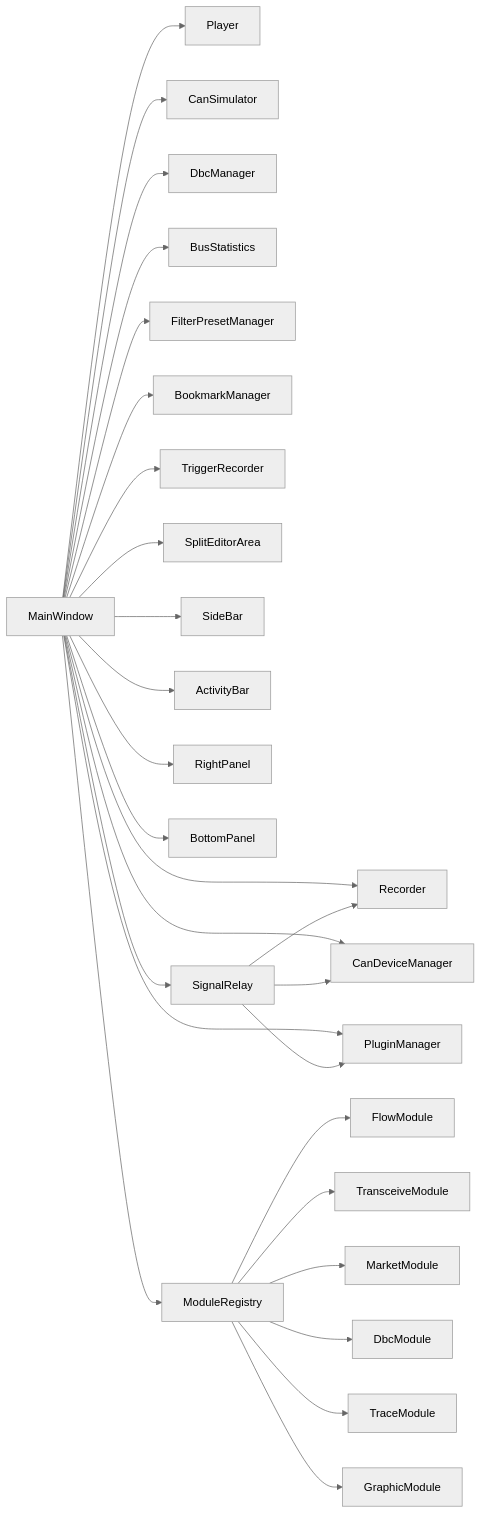
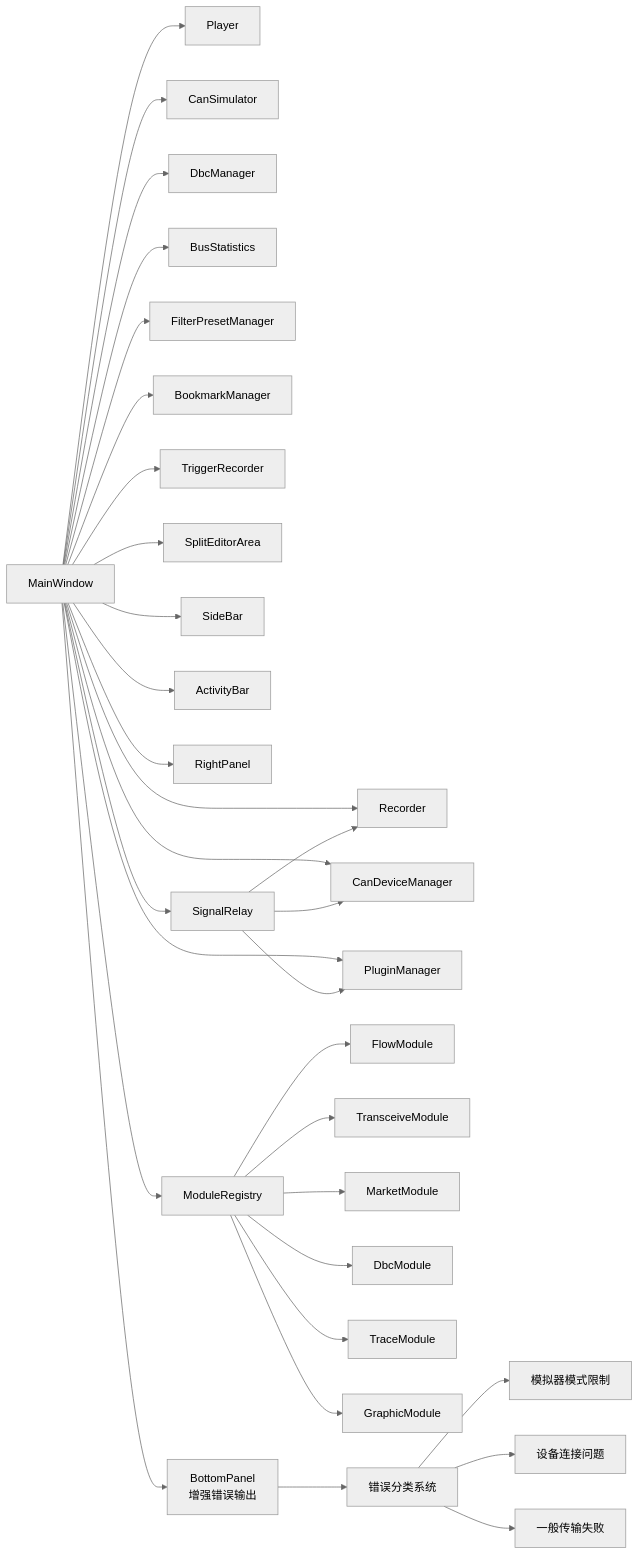
One commit to jakecai1225-design/OpenBus changed diagram 11 of 11 in .qoder/repowiki/zh/content/架构设计/主窗口组件架构.md. Above: the diagram before and after it, drawn with Mermaid (neutral theme). The commit also changed other lines of this file and 24 other files, not shown here.

Commit message:
trace graphic问题修改

````diff
--- a/.qoder/repowiki/zh/content/架构设计/主窗口组件架构.md
+++ b/.qoder/repowiki/zh/content/架构设计/主窗口组件架构.md
@@ -488,29 +569,33 @@
 ```mermaid
 graph LR
 MW["MainWindow"] --> R["Recorder"]
 MW --> P["Player"]
 MW --> S["CanSimulator"]
 MW --> DM["CanDeviceManager"]
 MW --> DBM["DbcManager"]
 MW --> BS["BusStatistics"]
 MW --> FPM["FilterPresetManager"]
 MW --> BM["BookmarkManager"]
 MW --> TR["TriggerRecorder"]
 MW --> PM["PluginManager"]
 MW --> EA["SplitEditorArea"]
 MW --> SB["SideBar"]
 MW --> AB["ActivityBar"]
 MW --> RP["RightPanel"]
-MW --> BP["BottomPanel"]
+MW --> BP["BottomPanel<br/>增强错误输出"]
 MW --> MR["ModuleRegistry"]
 MW --> SR["SignalRelay"]
 MR --> FM["FlowModule"]
 MR --> TM["TransceiveModule"]
 MR --> MM["MarketModule"]
 MR --> DBCM["DbcModule"]
 MR --> TCM["TraceModule"]
 MR --> GM["GraphicModule"]
 SR --> DM
 SR --> PM
 SR --> R
+BP --> ERR["错误分类系统"]
+ERR --> SIM["模拟器模式限制"]
+ERR --> CONN["设备连接问题"]
+ERR --> GEN["一般传输失败"]
 ```
````
